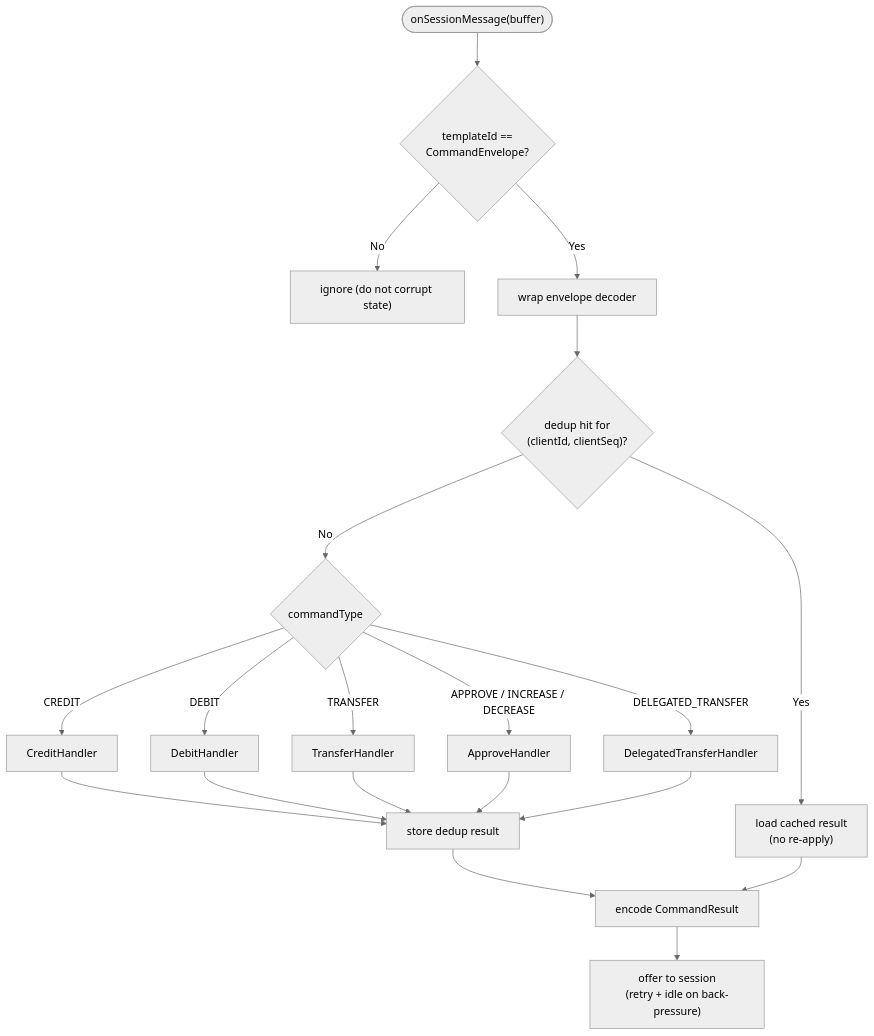
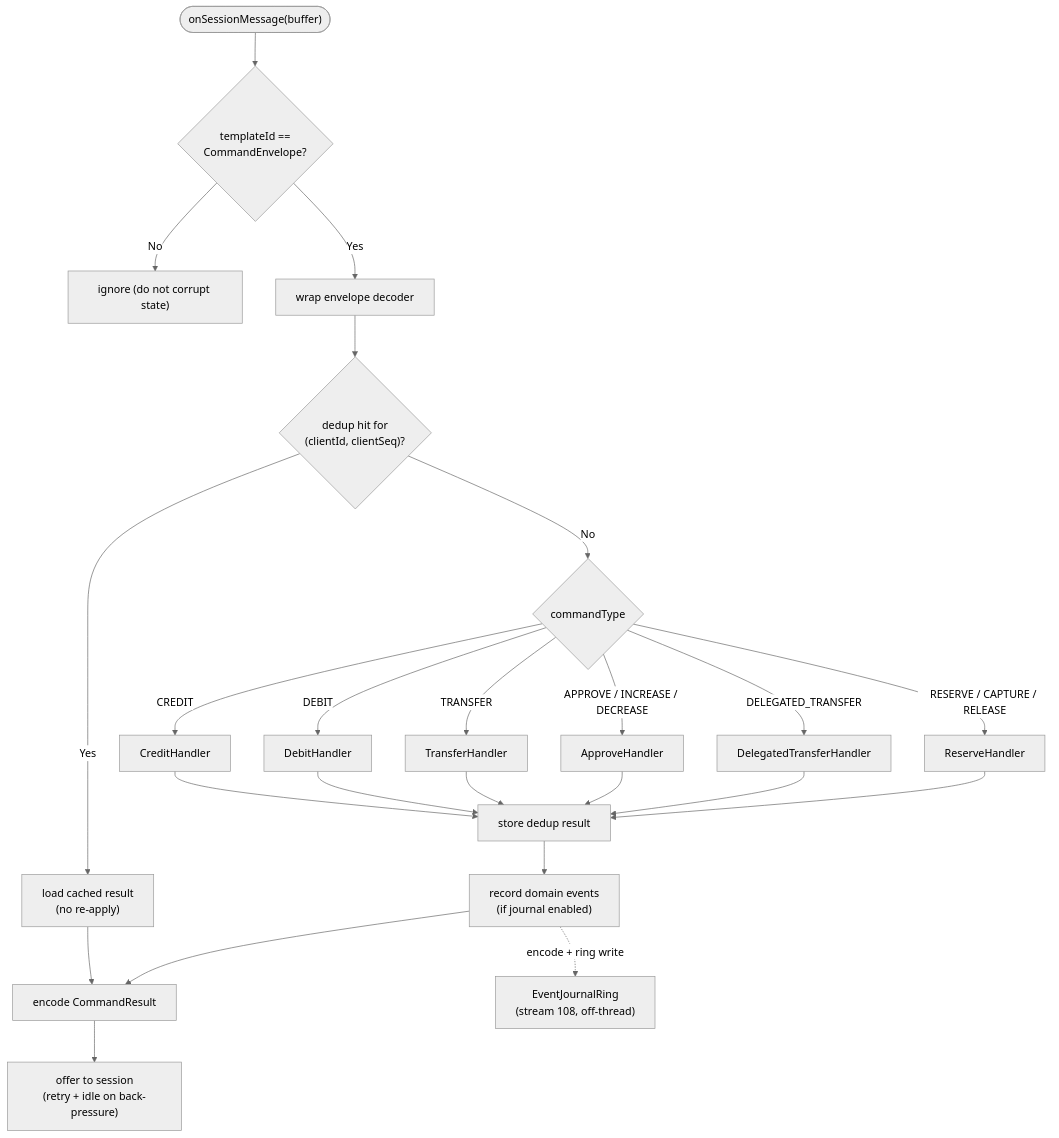
One commit to justrade-io/ledgerd changed the eighth of 8 diagrams in docs/ARCHITECTURE.md. Above: the diagram before and after it, drawn with Mermaid (neutral theme). The commit also changed other lines of this file and 4 other files, not shown here.

Commit message:
feat: Enhance documentation for domain event journal and AI risk service integration

````diff
--- a/docs/ARCHITECTURE.md
+++ b/docs/ARCHITECTURE.md
@@ -442,22 +568,26 @@
 ```mermaid
 flowchart TD
     IN(["onSessionMessage(buffer)"]) --> HDR{"templateId ==\nCommandEnvelope?"}
     HDR -- No --> IGN["ignore (do not corrupt state)"]
     HDR -- Yes --> WRAP["wrap envelope decoder"]
     WRAP --> DEDUP{"dedup hit for\n(clientId, clientSeq)?"}
     DEDUP -- Yes --> CACHED["load cached result\n(no re-apply)"]
     DEDUP -- No --> DISPATCH{"commandType"}
     DISPATCH -->|" CREDIT "| H1["CreditHandler"]
     DISPATCH -->|" DEBIT "| H2["DebitHandler"]
     DISPATCH -->|" TRANSFER "| H3["TransferHandler"]
     DISPATCH -->|" APPROVE / INCREASE / DECREASE "| H4["ApproveHandler"]
     DISPATCH -->|" DELEGATED_TRANSFER "| H5["DelegatedTransferHandler"]
+    DISPATCH -->|" RESERVE / CAPTURE / RELEASE "| H6["ReserveHandler"]
     H1 --> STORE["store dedup result"]
     H2 --> STORE
     H3 --> STORE
     H4 --> STORE
     H5 --> STORE
-    STORE --> SEND["encode CommandResult"]
+    H6 --> STORE
+    STORE --> EVENTS["record domain events\n(if journal enabled)"]
+    EVENTS --> SEND["encode CommandResult"]
     CACHED --> SEND
     SEND --> EGRESS["offer to session\n(retry + idle on back-pressure)"]
+    EVENTS -.->|" encode + ring write "| JRING["EventJournalRing\n(stream 108, off-thread)"]
 ```
````
